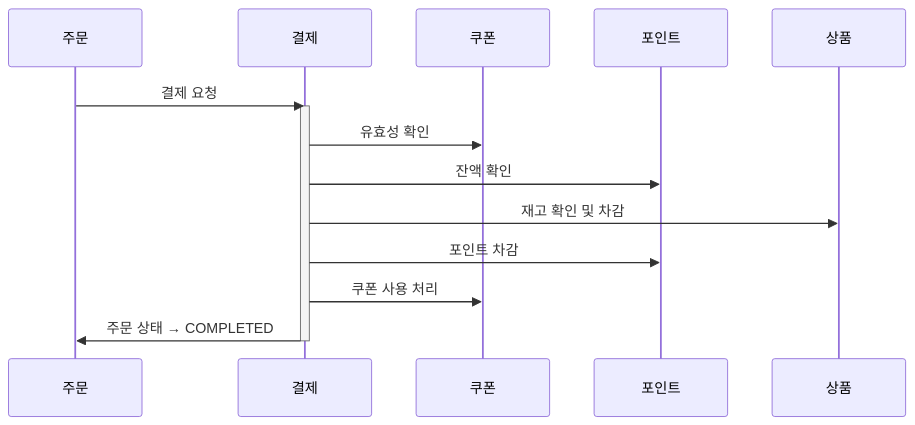
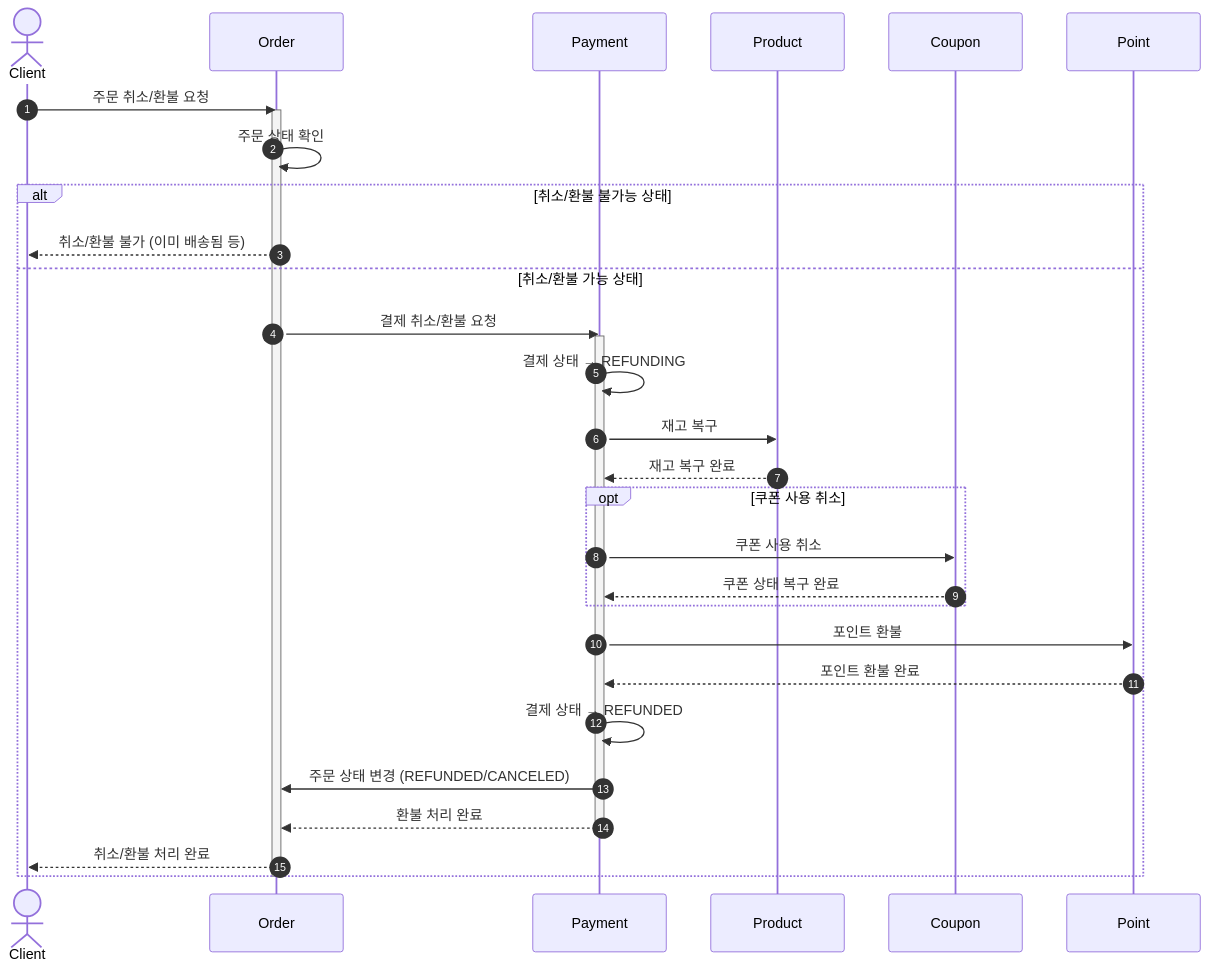
The fifth of 6 diagrams in docs/designs/주문결제.md (domuk-k/cream-commerce), drawn with Mermaid before and after one commit. The commit also changed other lines of this file and 5 other files, not shown here.

````diff
--- a/docs/designs/주문결제.md
+++ b/docs/designs/주문결제.md
@@ -55,19 +197,38 @@
 ```mermaid
 sequenceDiagram
-    participant 주문
-    participant 결제
-    participant 쿠폰
-    participant 포인트
-    participant 상품
-    주문 ->> 결제: 결제 요청
-    activate 결제
-%% Step 1: 선검증 (락 없음)
-    결제 ->> 쿠폰: 유효성 확인
-    결제 ->> 포인트: 잔액 확인
-%% Step 2: 상품 재고 검증+차감 포함한 최종 처리
-    결제 ->> 상품: 재고 확인 및 차감
-    결제 ->> 포인트: 포인트 차감
-    결제 ->> 쿠폰: 쿠폰 사용 처리
-    결제 ->> 주문: 주문 상태 → COMPLETED
-    deactivate 결제
+    autonumber
+    actor Client
+    participant Order
+    participant Payment
+    participant Product
+    participant Coupon
+    participant Point
+    Client ->> Order: 주문 취소/환불 요청
+    activate Order
+    Order ->> Order: 주문 상태 확인
+
+    alt 취소/환불 불가능 상태
+        Order -->> Client: 취소/환불 불가 (이미 배송됨 등)
+    else 취소/환불 가능 상태
+        Order ->> Payment: 결제 취소/환불 요청
+        activate Payment
+        Payment ->> Payment: 결제 상태 → REFUNDING
+        Payment ->> Product: 재고 복구
+        Product -->> Payment: 재고 복구 완료
+
+        opt 쿠폰 사용 취소
+            Payment ->> Coupon: 쿠폰 사용 취소
+            Coupon -->> Payment: 쿠폰 상태 복구 완료
+        end
+
+        Payment ->> Point: 포인트 환불
+        Point -->> Payment: 포인트 환불 완료
+        Payment ->> Payment: 결제 상태 → REFUNDED
+        Payment ->> Order: 주문 상태 변경 (REFUNDED/CANCELED)
+        Payment -->> Order: 환불 처리 완료
+        deactivate Payment
+        Order -->> Client: 취소/환불 처리 완료
+    end
+
+    deactivate Order
 ```
````
